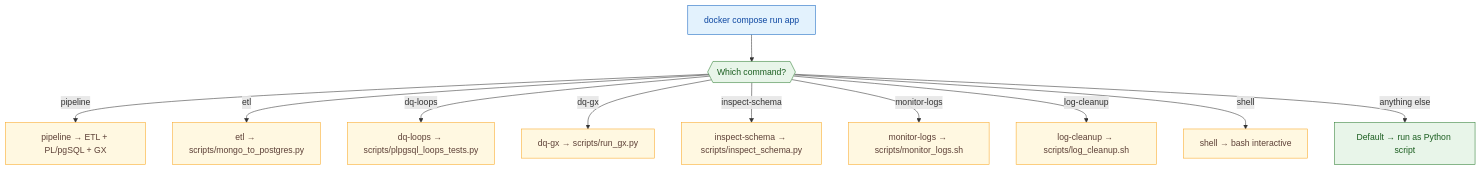
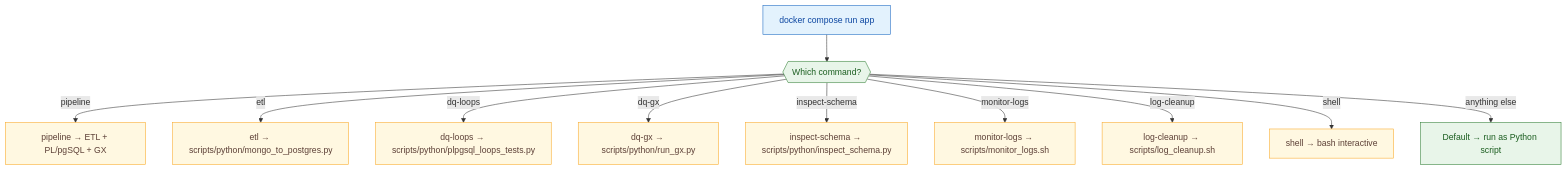
Before and after one commit to Nitinx12/Bike-Store-Relational-Database: the third of 3 diagrams in docs/docker.md, drawn with Mermaid. The commit also changed 39 other files, not shown here.

````diff
--- a/docs/docker.md
+++ b/docs/docker.md
@@ -122,29 +122,29 @@
 ```mermaid
 flowchart TD
     classDef entry fill:#e3f2fd,stroke:#1565c0,color:#0d47a1
     classDef cmd fill:#fff8e1,stroke:#f9a825,color:#5d4037
     classDef default fill:#e8f5e9,stroke:#2e7d32,color:#1b5e20
 
     A["docker compose run app <cmd>"]:::entry
     B{{"Which command?"}}:::default
     C["pipeline → ETL + PL/pgSQL + GX"]:::cmd
-    D["etl → scripts/mongo_to_postgres.py"]:::cmd
-    E["dq-loops → scripts/plpgsql_loops_tests.py"]:::cmd
-    F["dq-gx → scripts/run_gx.py"]:::cmd
-    G["inspect-schema → scripts/inspect_schema.py"]:::cmd
+    D["etl → scripts/python/mongo_to_postgres.py"]:::cmd
+    E["dq-loops → scripts/python/plpgsql_loops_tests.py"]:::cmd
+    F["dq-gx → scripts/python/run_gx.py"]:::cmd
+    G["inspect-schema → scripts/python/inspect_schema.py"]:::cmd
     H["monitor-logs → scripts/monitor_logs.sh"]:::cmd
     I["log-cleanup → scripts/log_cleanup.sh"]:::cmd
     J["shell → bash interactive"]:::cmd
     K["Default → run as Python script"]:::default
 
     A --> B
     B -->|pipeline| C
     B -->|etl| D
     B -->|dq-loops| E
     B -->|dq-gx| F
     B -->|inspect-schema| G
     B -->|monitor-logs| H
     B -->|log-cleanup| I
     B -->|shell| J
     B -->|anything else| K
 ```
````
